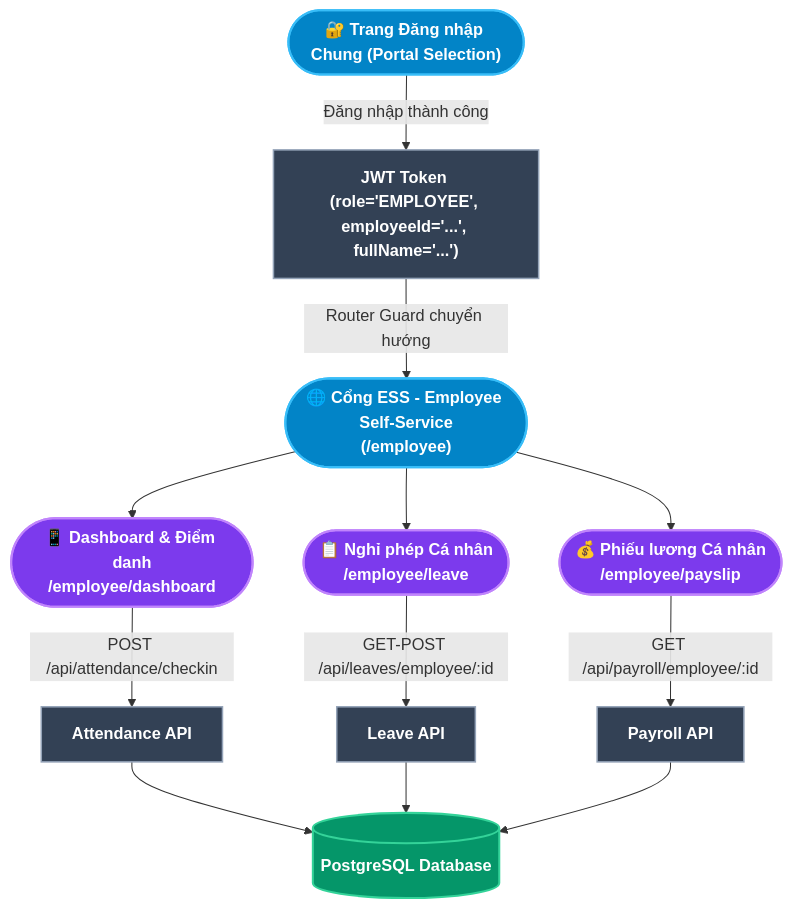
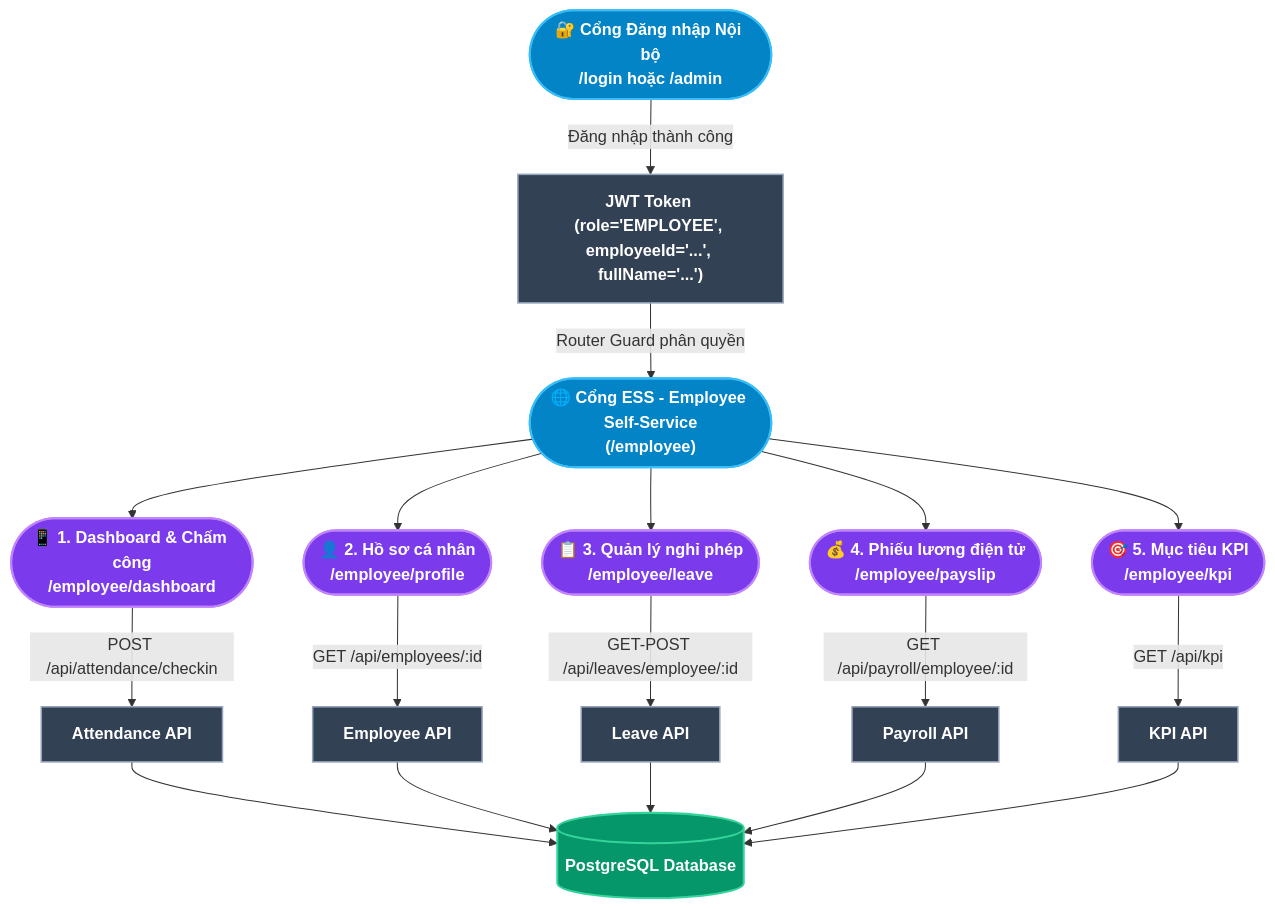
One commit to aye2710/HRM-DATN changed the diagram in docs/Tài liệu phân tích nghiệp vụ từng module/Module Cổng Nhân viên ESS/Module Cổng Nhân viên ESS.md. Above: the diagram before and after it, drawn with Mermaid. The commit also changed other lines of this file and 9 other files, not shown here.

````diff
--- a/docs/Tài liệu phân tích nghiệp vụ từng module/Module Cổng Nhân viên ESS/Module Cổng Nhân viên ESS.md
+++ b/docs/Tài liệu phân tích nghiệp vụ từng module/Module Cổng Nhân viên ESS/Module Cổng Nhân viên ESS.md
@@ -17,31 +19,39 @@
 ```mermaid
 flowchart TD
     classDef portal fill:#0284c7,stroke:#38bdf8,stroke-width:2px,color:#ffffff,font-weight:bold;
     classDef page fill:#7c3aed,stroke:#c084fc,stroke-width:2px,color:#ffffff,font-weight:bold;
     classDef api fill:#334155,stroke:#94a3b8,stroke-width:1.5px,color:#ffffff,font-weight:bold;
     classDef db fill:#059669,stroke:#34d399,stroke-width:2px,color:#ffffff,font-weight:bold;
 
-    Login(["🔐 Trang Đăng nhập Chung (Portal Selection)"]):::portal
+    Login(["🔐 Cổng Đăng nhập Nội bộ\n/login hoặc /admin"]):::portal
     Auth["JWT Token (role='EMPLOYEE', employeeId='...', fullName='...')"]:::api
 
     Login -->|Đăng nhập thành công| Auth
-    Auth -->|Router Guard chuyển hướng| ESS
+    Auth -->|Router Guard phân quyền| ESS
 
     ESS(["🌐 Cổng ESS - Employee Self-Service\n(/employee)"]):::portal
 
-    D1(["📱 Dashboard & Điểm danh\n/employee/dashboard"]):::page
-    D2(["📋 Nghỉ phép Cá nhân\n/employee/leave"]):::page
-    D3(["💰 Phiếu lương Cá nhân\n/employee/payslip"]):::page
+    D1(["📱 1. Dashboard & Chấm công\n/employee/dashboard"]):::page
+    D2(["👤 2. Hồ sơ cá nhân\n/employee/profile"]):::page
+    D3(["📋 3. Quản lý nghỉ phép\n/employee/leave"]):::page
+    D4(["💰 4. Phiếu lương điện tử\n/employee/payslip"]):::page
+    D5(["🎯 5. Mục tiêu KPI\n/employee/kpi"]):::page
 
     ESS --> D1
     ESS --> D2
     ESS --> D3
+    ESS --> D4
+    ESS --> D5
 
     D1 -->|POST /api/attendance/checkin| APIATT["Attendance API"]:::api
-    D2 -->|GET-POST /api/leaves/employee/:id| APILEAVE["Leave API"]:::api
-    D3 -->|GET /api/payroll/employee/:id| APIPAY["Payroll API"]:::api
+    D2 -->|GET /api/employees/:id| APIEMP["Employee API"]:::api
+    D3 -->|GET-POST /api/leaves/employee/:id| APILEAVE["Leave API"]:::api
+    D4 -->|GET /api/payroll/employee/:id| APIPAY["Payroll API"]:::api
+    D5 -->|GET /api/kpi| APIKPI["KPI API"]:::api
 
     APIATT --> DB[(PostgreSQL Database)]:::db
+    APIEMP --> DB
     APILEAVE --> DB
     APIPAY --> DB
+    APIKPI --> DB
 ```
````
